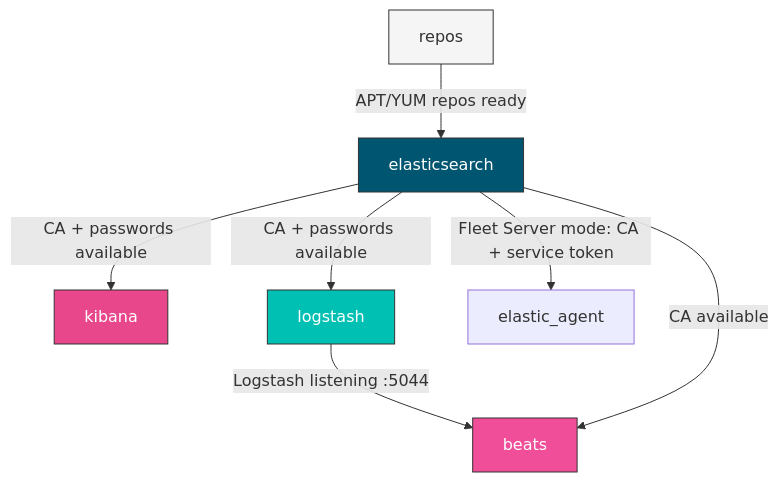
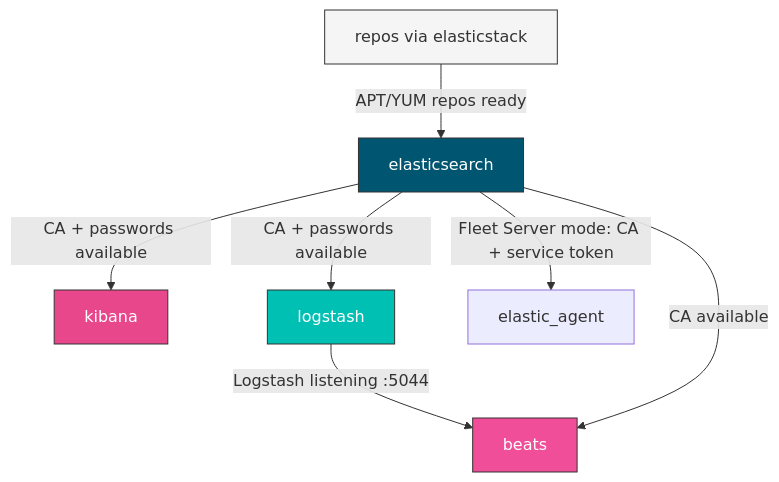
One commit to Oddly/elasticstack changed the second of 5 diagrams in docs/guide/architecture.md. Above: the diagram before and after it, drawn with Mermaid. The commit also changed other lines of this file and 108 other files, not shown here.

````diff
--- a/docs/guide/architecture.md
+++ b/docs/guide/architecture.md
@@ -61,15 +63,15 @@
 ```mermaid
 graph TD
-    R[repos] -->|"APT/YUM repos ready"| E[elasticsearch]
+    R[repos via elasticstack] -->|"APT/YUM repos ready"| E[elasticsearch]
     E -->|"CA + passwords available"| K[kibana]
     E -->|"CA + passwords available"| L[logstash]
     L -->|"Logstash listening :5044"| B[beats]
     E -->|"CA available"| B
     E -->|"Fleet Server mode: CA + service token"| A[elastic_agent]
 
     style R fill:#f5f5f5,stroke:#333
     style E fill:#005571,stroke:#333,color:#fff
     style K fill:#e8478b,stroke:#333,color:#fff
     style L fill:#00bfb3,stroke:#333,color:#fff
     style B fill:#f04e98,stroke:#333,color:#fff
 ```
````
